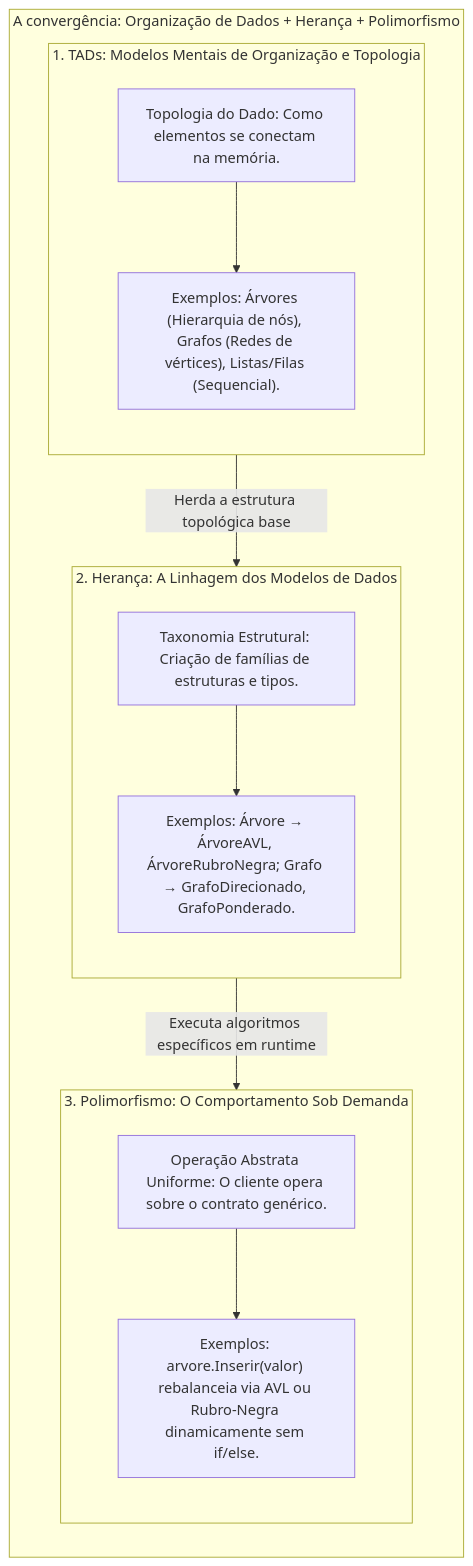
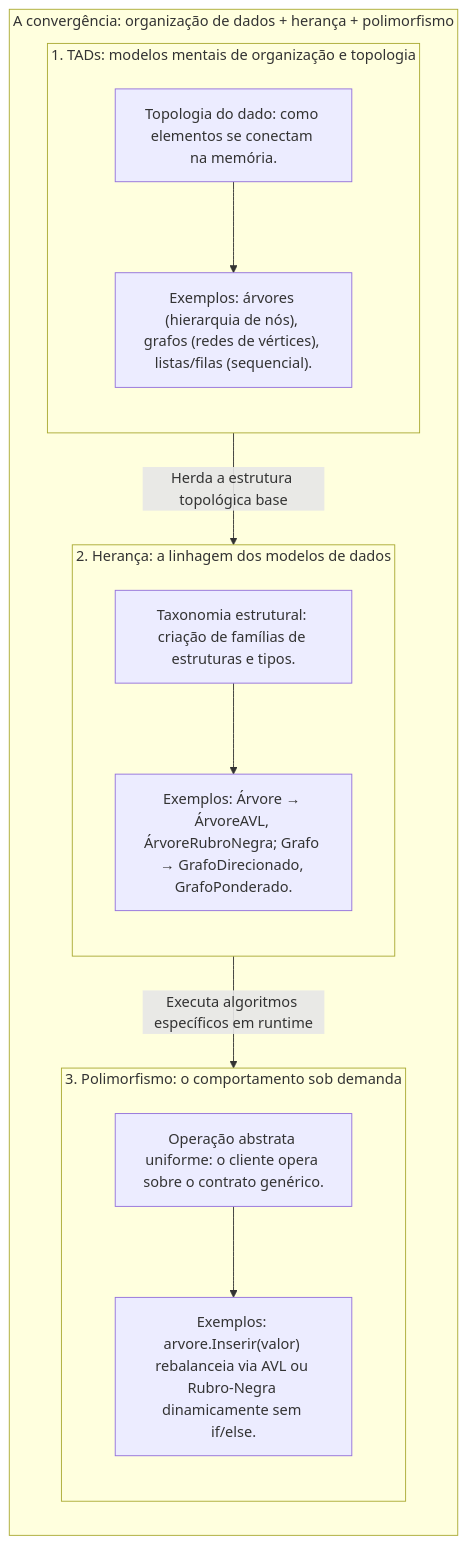
One commit to leorruas/puc changed the second of 10 diagrams in 01. Programacao Modular/17. Sobreposição de métodos (virtual e override).md. Above: the diagram before and after it, drawn with Mermaid. The commit also changed other lines of this file and 3 other files, not shown here.

````diff
--- a/01. Programacao Modular/17. Sobreposição de métodos (virtual e override).md
+++ b/01. Programacao Modular/17. Sobreposição de métodos (virtual e override).md
@@ -68,30 +68,30 @@
 ```mermaid
 flowchart TD
-    subgraph ModelosMentaisConexao ["A convergência: Organização de Dados + Herança + Polimorfismo"]
+    subgraph ModelosMentaisConexao ["A convergência: organização de dados + herança + polimorfismo"]
         direction TB
 
-        subgraph TADsTopologia ["1. TADs: Modelos Mentais de Organização e Topologia"]
+        subgraph TADsTopologia ["1. TADs: modelos mentais de organização e topologia"]
             direction TB
-            T1["Topologia do Dado: Como elementos se conectam na memória."]
-            T2["Exemplos: Árvores (Hierarquia de nós), Grafos (Redes de vértices), Listas/Filas (Sequencial)."]
+            T1["Topologia do dado: como elementos se conectam na memória."]
+            T2["Exemplos: árvores (hierarquia de nós), grafos (redes de vértices), listas/filas (sequencial)."]
             T1 --> T2
         end
 
-        subgraph HerancaTaxonomia ["2. Herança: A Linhagem dos Modelos de Dados"]
+        subgraph HerancaTaxonomia ["2. Herança: a linhagem dos modelos de dados"]
             direction TB
-            H1["Taxonomia Estrutural: Criação de famílias de estruturas e tipos."]
+            H1["Taxonomia estrutural: criação de famílias de estruturas e tipos."]
             H2["Exemplos: Árvore &rarr; ÁrvoreAVL, ÁrvoreRubroNegra; Grafo &rarr; GrafoDirecionado, GrafoPonderado."]
             H1 --> H2
         end
 
-        subgraph PolimorfismoDinamico ["3. Polimorfismo: O Comportamento Sob Demanda"]
+        subgraph PolimorfismoDinamico ["3. Polimorfismo: o comportamento sob demanda"]
             direction TB
-            P1["Operação Abstrata Uniforme: O cliente opera sobre o contrato genérico."]
+            P1["Operação abstrata uniforme: o cliente opera sobre o contrato genérico."]
             P2["Exemplos: arvore.Inserir(valor) rebalanceia via AVL ou Rubro-Negra dinamicamente sem if/else."]
             P1 --> P2
         end
 
         TADsTopologia -->|Herda a estrutura topológica base| HerancaTaxonomia
         HerancaTaxonomia -->|Executa algoritmos específicos em runtime| PolimorfismoDinamico
     end
 ```
````
